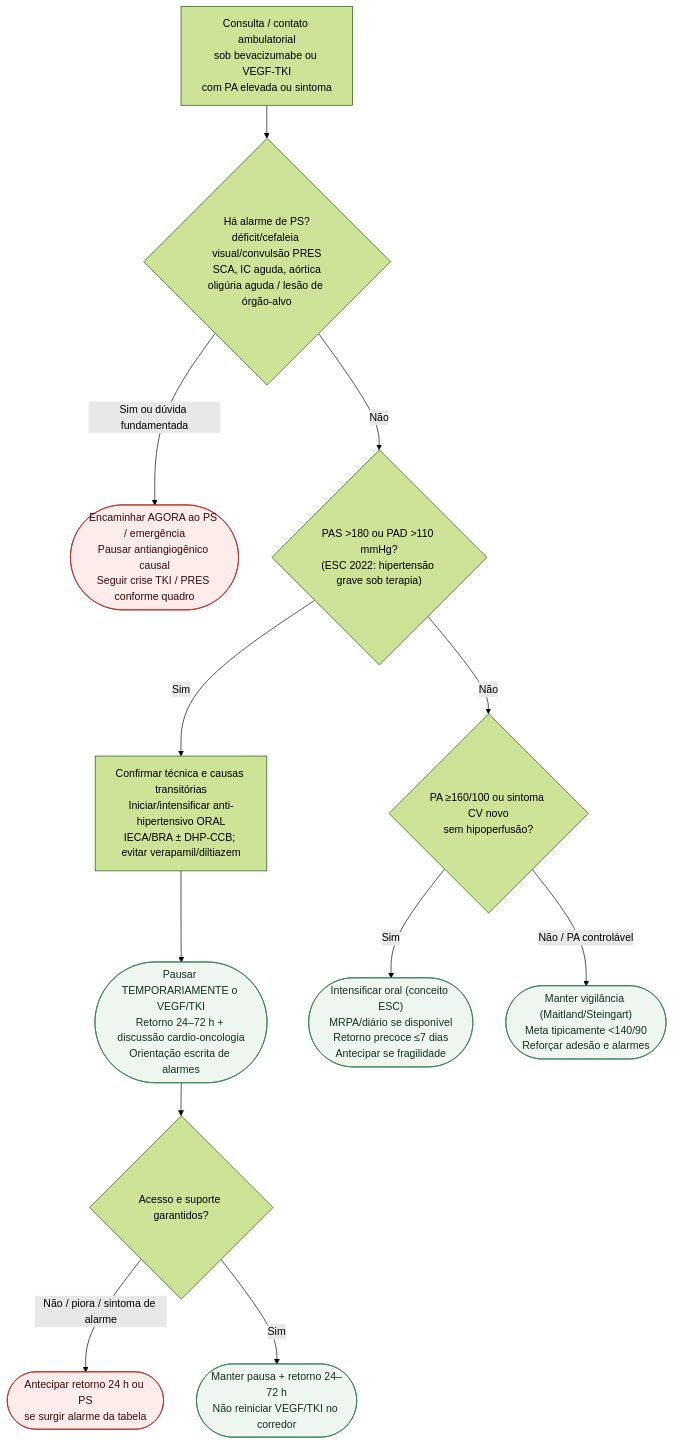
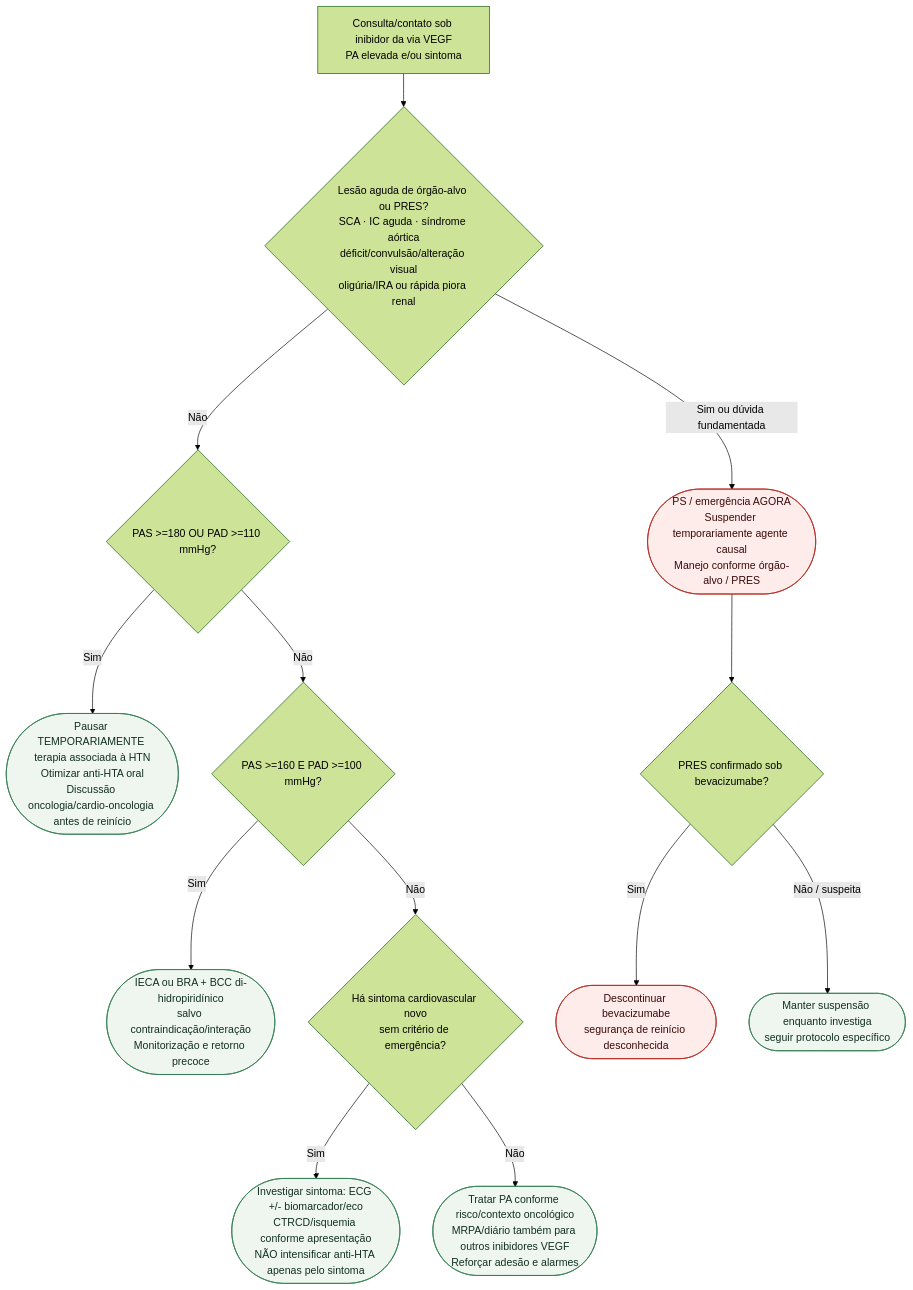
One commit to rafaelpaesmeirelles/MeuCardio changed the diagram in content/Cardio-oncologia/fluxograma-ambulatorial-hipertensao-por-vegf-tki-destino.md. Above: the diagram before and after it, drawn with Mermaid (forest theme). The commit also changed other lines of this file, not shown here.

Commit message:
fix(content): corrige fluxograma VEGF/TKI e marca revisado

````diff
--- a/content/Cardio-oncologia/fluxograma-ambulatorial-hipertensao-por-vegf-tki-destino.md
+++ b/content/Cardio-oncologia/fluxograma-ambulatorial-hipertensao-por-vegf-tki-destino.md
@@ -23,25 +20,29 @@
 ```mermaid
 flowchart TD
-  R0["Consulta / contato ambulatorial<br/>sob bevacizumabe ou VEGF-TKI<br/>com PA elevada ou sintoma"] --> D1{"Há alarme de PS?<br/>déficit/cefaleia visual/convulsão PRES<br/>SCA, IC aguda, aórtica<br/>oligúria aguda / lesão de órgão-alvo"}
+  R0["Consulta/contato sob inibidor da via VEGF<br/>PA elevada e/ou sintoma"] --> D1{"Lesão aguda de órgão-alvo ou PRES?<br/>SCA · IC aguda · síndrome aórtica<br/>déficit/convulsão/alteração visual<br/>oligúria/IRA ou rápida piora renal"}
 
-  D1 -->|"Sim ou dúvida fundamentada"| C1(["Encaminhar AGORA ao PS / emergência<br/>Pausar antiangiogênico causal<br/>Seguir crise TKI / PRES conforme quadro"])
+  D1 -->|"Sim ou dúvida fundamentada"| C1(["PS / emergência AGORA<br/>Suspender temporariamente agente causal<br/>Manejo conforme órgão-alvo / PRES"])
 
-  D1 -->|"Não"| D2{"PAS >180 ou PAD >110 mmHg?<br/>(ESC 2022: hipertensão grave sob terapia)"}
+  D1 -->|"Não"| D2{"PAS >=180 OU PAD >=110 mmHg?"}
 
-  D2 -->|"Sim"| P1["Confirmar técnica e causas transitórias<br/>Iniciar/intensificar anti-hipertensivo ORAL<br/>IECA/BRA ± DHP-CCB; evitar verapamil/diltiazem"]
-  P1 --> C2(["Pausar TEMPORARIAMENTE o VEGF/TKI<br/>Retorno 24–72 h + discussão cardio-oncologia<br/>Orientação escrita de alarmes"])
+  D2 -->|"Sim"| C2(["Pausar TEMPORARIAMENTE terapia associada à HTN<br/>Otimizar anti-HTA oral<br/>Discussão oncologia/cardio-oncologia antes de reinício"])
 
-  D2 -->|"Não"| D3{"PA ≥160/100 ou sintoma CV novo<br/>sem hipoperfusão?"}
+  D2 -->|"Não"| D3{"PAS >=160 E PAD >=100 mmHg?"}
 
-  D3 -->|"Sim"| C3(["Intensificar oral (conceito ESC)<br/>MRPA/diário se disponível<br/>Retorno precoce ≤7 dias<br/>Antecipar se fragilidade"])
-  D3 -->|"Não / PA controlável"| C4(["Manter vigilância (Maitland/Steingart)<br/>Meta tipicamente <140/90<br/>Reforçar adesão e alarmes"])
+  D3 -->|"Sim"| C3(["IECA ou BRA + BCC di-hidropiridínico<br/>salvo contraindicação/interação<br/>Monitorização e retorno precoce"])
 
-  C2 --> D4{"Acesso e suporte garantidos?"}
-  D4 -->|"Não / piora / sintoma de alarme"| C5(["Antecipar retorno 24 h ou PS<br/>se surgir alarme da tabela"])
-  D4 -->|"Sim"| C6(["Manter pausa + retorno 24–72 h<br/>Não reiniciar VEGF/TKI no corredor"])
+  D3 -->|"Não"| D4{"Há sintoma cardiovascular novo<br/>sem critério de emergência?"}
 
+  D4 -->|"Sim"| C4(["Investigar sintoma: ECG +/- biomarcador/eco<br/>CTRCD/isquemia conforme apresentação<br/>NÃO intensificar anti-HTA apenas pelo sintoma"])
+
+  D4 -->|"Não"| C5(["Tratar PA conforme risco/contexto oncológico<br/>MRPA/diário também para outros inibidores VEGF<br/>Reforçar adesão e alarmes"])
+
+  C1 --> D5{"PRES confirmado sob bevacizumabe?"}
+  D5 -->|"Sim"| C6(["Descontinuar bevacizumabe<br/>segurança de reinício desconhecida"])
+  D5 -->|"Não / suspeita"| C7(["Manter suspensão enquanto investiga<br/>seguir protocolo específico"])
+
+  classDef alerta fill:#fdecea,stroke:#b3261e,color:#3b0a0a;
   classDef conduta fill:#eef6ef,stroke:#2f7a4f,color:#12301f;
-  classDef alerta fill:#fdecea,stroke:#b3261e,color:#3b0a0a;
-  class C1,C5 alerta;
-  class C2,C3,C4,C6 conduta;
+  class C1,C6 alerta;
+  class C2,C3,C4,C5,C7 conduta;
 ```
````
